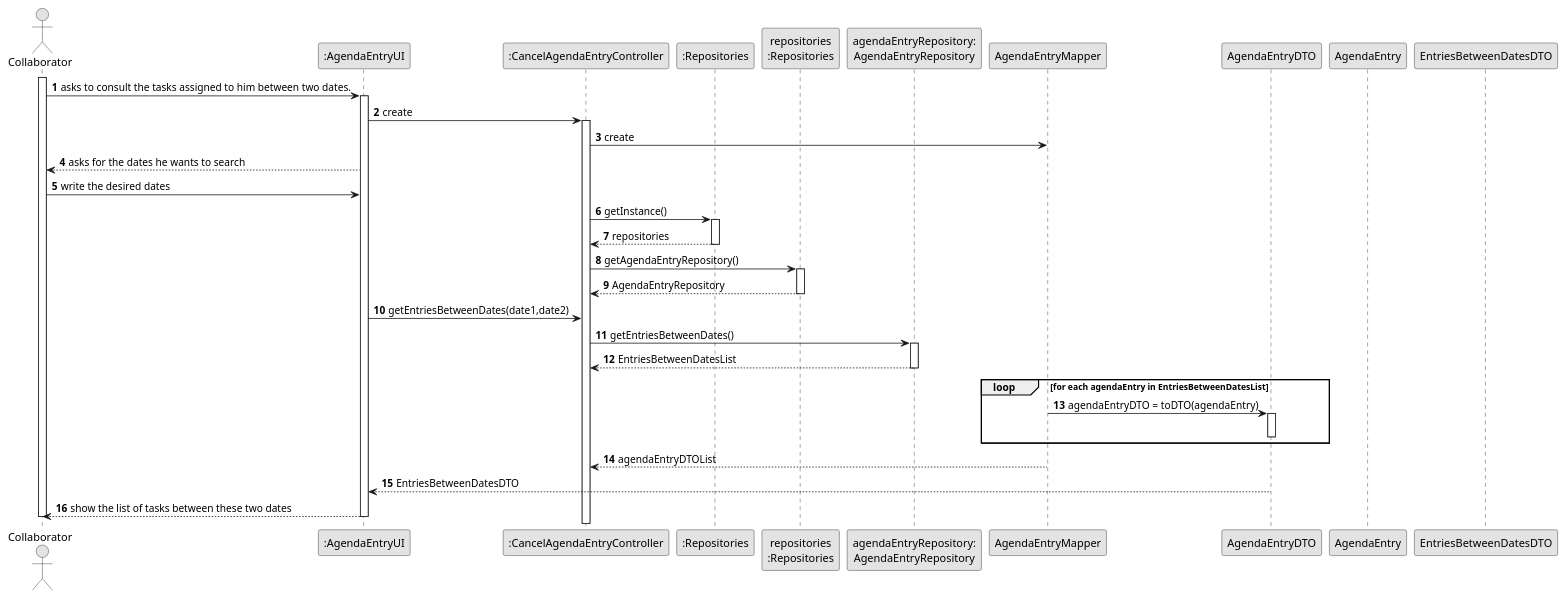
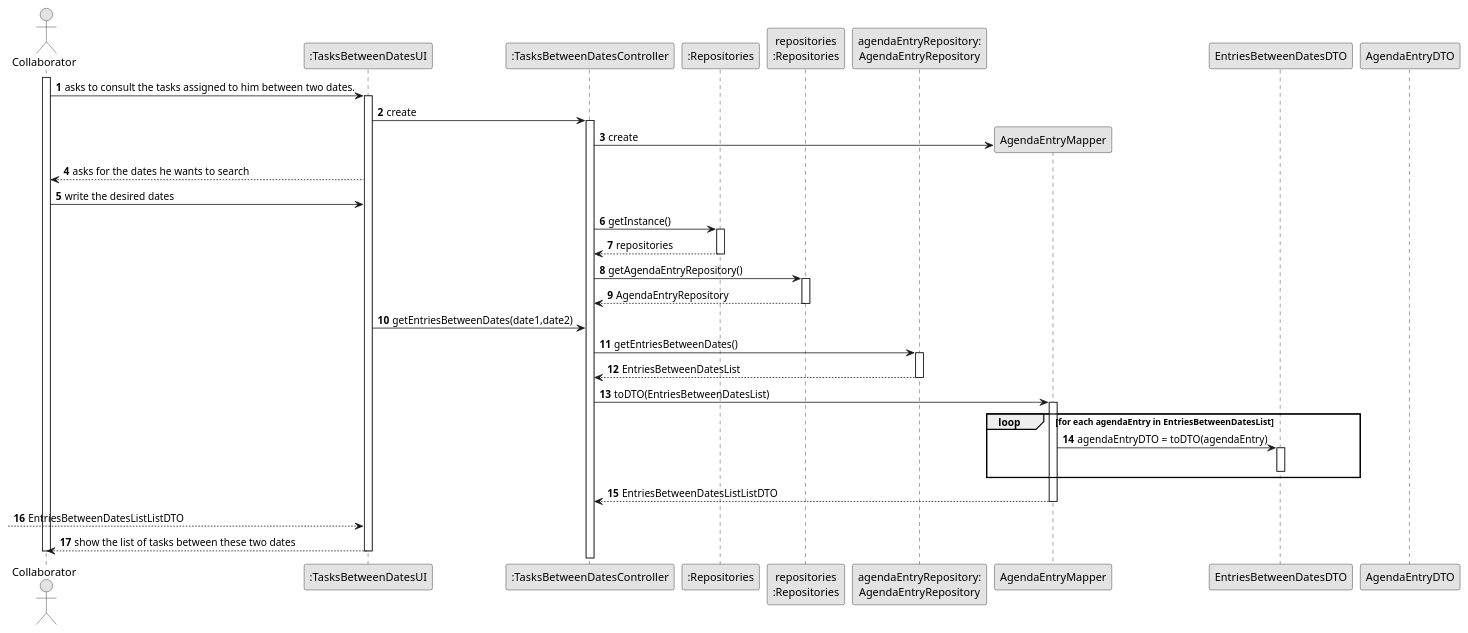
One commit to Departamento-de-Engenharia-Informatica/lei-24-s2-1do-g164 changed the diagram in docs/sprintC/us028/03.design/puml/us028-sequence-diagram-full.puml. Above: the diagram before and after it, drawn with PlantUML.

```diff
--- a/docs/sprintC/us028/03.design/puml/us028-sequence-diagram-full.puml
+++ b/docs/sprintC/us028/03.design/puml/us028-sequence-diagram-full.puml
@@ -1,69 +1,69 @@
 @startuml
 skinparam monochrome true
 skinparam packageStyle rectangle
 skinparam shadowing false
 
 autonumber
 
 actor "Collaborator" as ADM
-participant ":AgendaEntryUI" as UI
-participant ":CancelAgendaEntryController" as CTRL
+participant ":TasksBetweenDatesUI" as UI
+participant ":TasksBetweenDatesController" as CTRL
 participant ":Repositories" as RepositorySingleton
 participant "repositories\n:Repositories" as PLAT
 participant "agendaEntryRepository:\nAgendaEntryRepository" as Repo
 participant "AgendaEntryMapper"
-participant "AgendaEntryDTO"
-participant "AgendaEntry"
 participant "EntriesBetweenDatesDTO"
 
 activate ADM
 
 ADM -> UI : asks to consult the tasks assigned to him between two dates.
 activate UI
 
 UI -> CTRL : create
 activate CTRL
-CTRL -> "AgendaEntryMapper" : create
+ CTRL-> "AgendaEntryMapper"** : create
 deactivate "AgendaEntryMapper"
 
 UI --> ADM : asks for the dates he wants to search
 ADM -> UI : write the desired dates
 
 CTRL -> RepositorySingleton : getInstance()
 activate RepositorySingleton
 
 RepositorySingleton --> CTRL: repositories
 deactivate RepositorySingleton
 
 CTRL -> PLAT : getAgendaEntryRepository()
 activate PLAT
 
 PLAT --> CTRL: AgendaEntryRepository
 deactivate PLAT
 
 UI -> CTRL : getEntriesBetweenDates(date1,date2)
 
 CTRL -> Repo : getEntriesBetweenDates()
 activate Repo
 
 Repo --> CTRL :EntriesBetweenDatesList
 deactivate Repo
 
+CTRL -> "AgendaEntryMapper": toDTO(EntriesBetweenDatesList)
+activate "AgendaEntryMapper"
+
 loop for each agendaEntry in EntriesBetweenDatesList
-    "AgendaEntryMapper" -> "AgendaEntryDTO" : agendaEntryDTO = toDTO(agendaEntry)
-    activate "AgendaEntryDTO"
-    deactivate "AgendaEntryDTO"
+    "AgendaEntryMapper" -> "EntriesBetweenDatesDTO" : agendaEntryDTO = toDTO(agendaEntry)
+    activate "EntriesBetweenDatesDTO"
+    deactivate "EntriesBetweenDatesDTO"
 end
 
-"AgendaEntryMapper" --> CTRL : agendaEntryDTOList
+"AgendaEntryMapper" --> CTRL : EntriesBetweenDatesListListDTO
 deactivate "AgendaEntryMapper"
-
-"AgendaEntryDTO" --> UI : EntriesBetweenDatesDTO
+ --> UI : EntriesBetweenDatesListListDTO
 deactivate "AgendaEntryDTO"
 
 UI --> ADM : show the list of tasks between these two dates
 deactivate UI
 
 deactivate ADM
 
 @enduml
```
